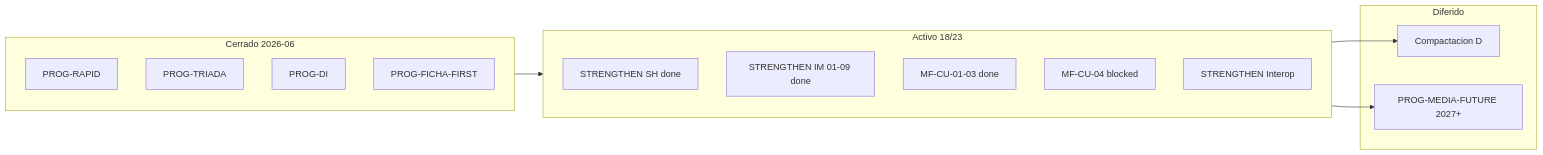
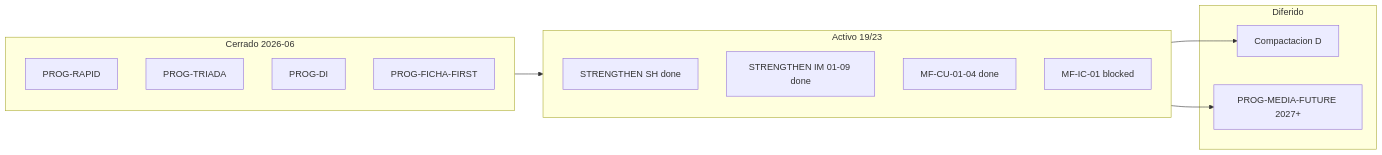
The diagram in reports/epis2-plan-desarrollo-unificado-2026-06-14.md (gabriel2320/epis2), drawn with Mermaid before and after one commit. The commit also changed other lines of this file and 5 other files, not shown here.

````diff
--- a/reports/epis2-plan-desarrollo-unificado-2026-06-14.md
+++ b/reports/epis2-plan-desarrollo-unificado-2026-06-14.md
@@ -97,23 +97,22 @@
 ```mermaid
 flowchart LR
   subgraph cerrado [Cerrado 2026-06]
     R[PROG-RAPID]
     T[PROG-TRIADA]
     DI[PROG-DI]
     FF[PROG-FICHA-FIRST]
   end
-  subgraph activo [Activo 18/23]
+  subgraph activo [Activo 19/23]
     SH[STRENGTHEN SH done]
     IM[STRENGTHEN IM 01-09 done]
-    CU[MF-CU-01-03 done]
-    CU4[MF-CU-04 blocked]
-    IC[STRENGTHEN Interop]
+    CU[MF-CU-01-04 done]
+    IC[MF-IC-01 blocked]
   end
   subgraph diferido [Diferido]
     D[Compactacion D]
     M[PROG-MEDIA-FUTURE 2027+]
   end
   cerrado --> activo
   activo --> D
   activo --> M
 ```
````
